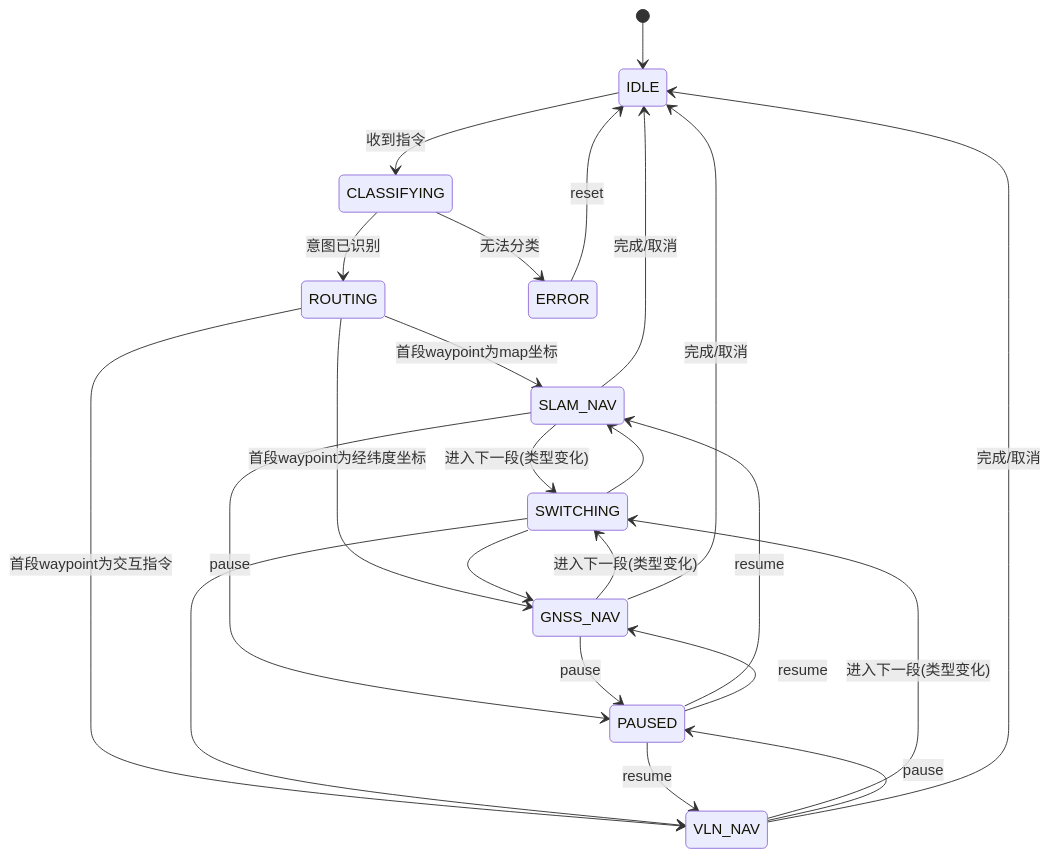
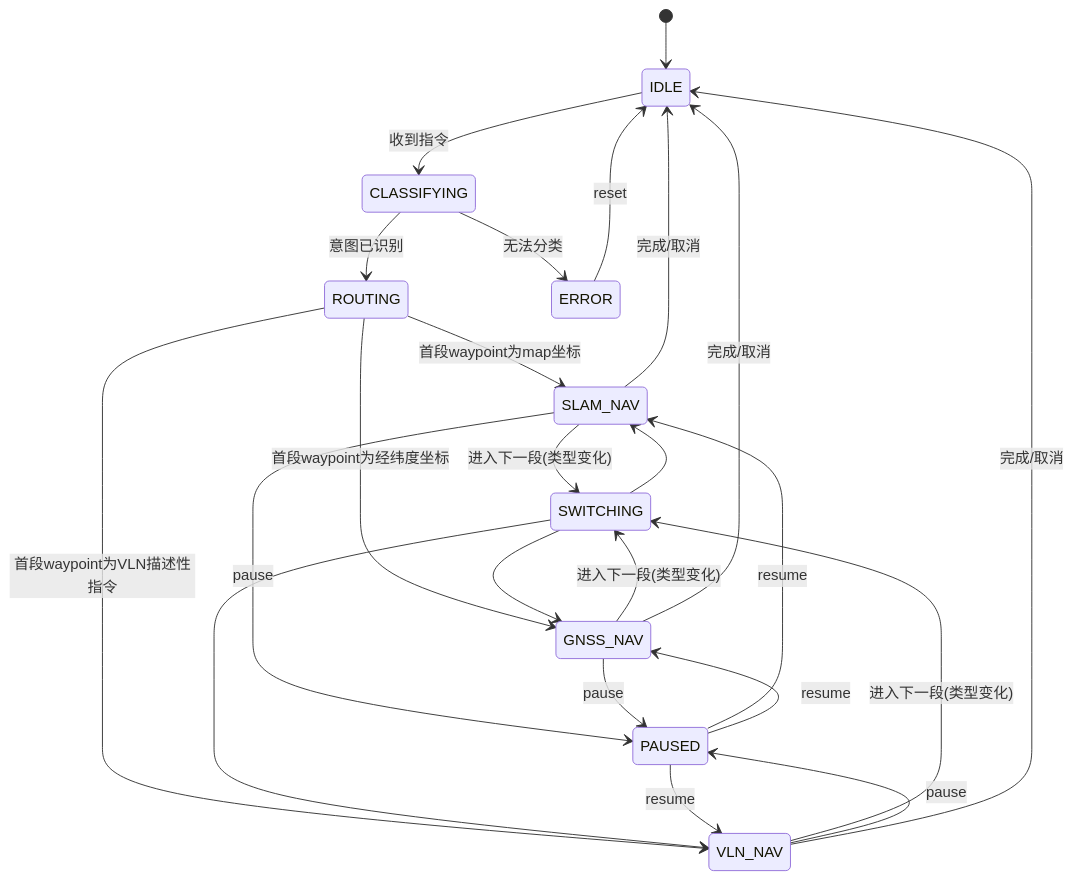
Before and after one commit to Austingina/Navi: the third of 7 diagrams in NaviSkill/docs/fsm_navigation_design.md, drawn with Mermaid. The commit also changed other lines of this file, not shown here.

Commit message:
change vln instruction

````diff
--- a/NaviSkill/docs/fsm_navigation_design.md
+++ b/NaviSkill/docs/fsm_navigation_design.md
@@ -340,31 +354,31 @@
 ```mermaid
 stateDiagram-v2
     [*] --> IDLE
     IDLE --> CLASSIFYING: 收到指令
     CLASSIFYING --> ROUTING: 意图已识别
     CLASSIFYING --> ERROR: 无法分类
 
     ROUTING --> SLAM_NAV: 首段waypoint为map坐标
     ROUTING --> GNSS_NAV: 首段waypoint为经纬度坐标
-    ROUTING --> VLN_NAV: 首段waypoint为交互指令
+    ROUTING --> VLN_NAV: 首段waypoint为VLN描述性指令
 
     SLAM_NAV --> SWITCHING: 进入下一段(类型变化)
     GNSS_NAV --> SWITCHING: 进入下一段(类型变化)
     VLN_NAV --> SWITCHING: 进入下一段(类型变化)
 
     SWITCHING --> SLAM_NAV
     SWITCHING --> GNSS_NAV
     SWITCHING --> VLN_NAV
 
     SLAM_NAV --> PAUSED: pause
     GNSS_NAV --> PAUSED: pause
     VLN_NAV --> PAUSED: pause
     PAUSED --> SLAM_NAV: resume
     PAUSED --> GNSS_NAV: resume
     PAUSED --> VLN_NAV: resume
 
     SLAM_NAV --> IDLE: 完成/取消
     GNSS_NAV --> IDLE: 完成/取消
     VLN_NAV --> IDLE: 完成/取消
     ERROR --> IDLE: reset
 ```
````
